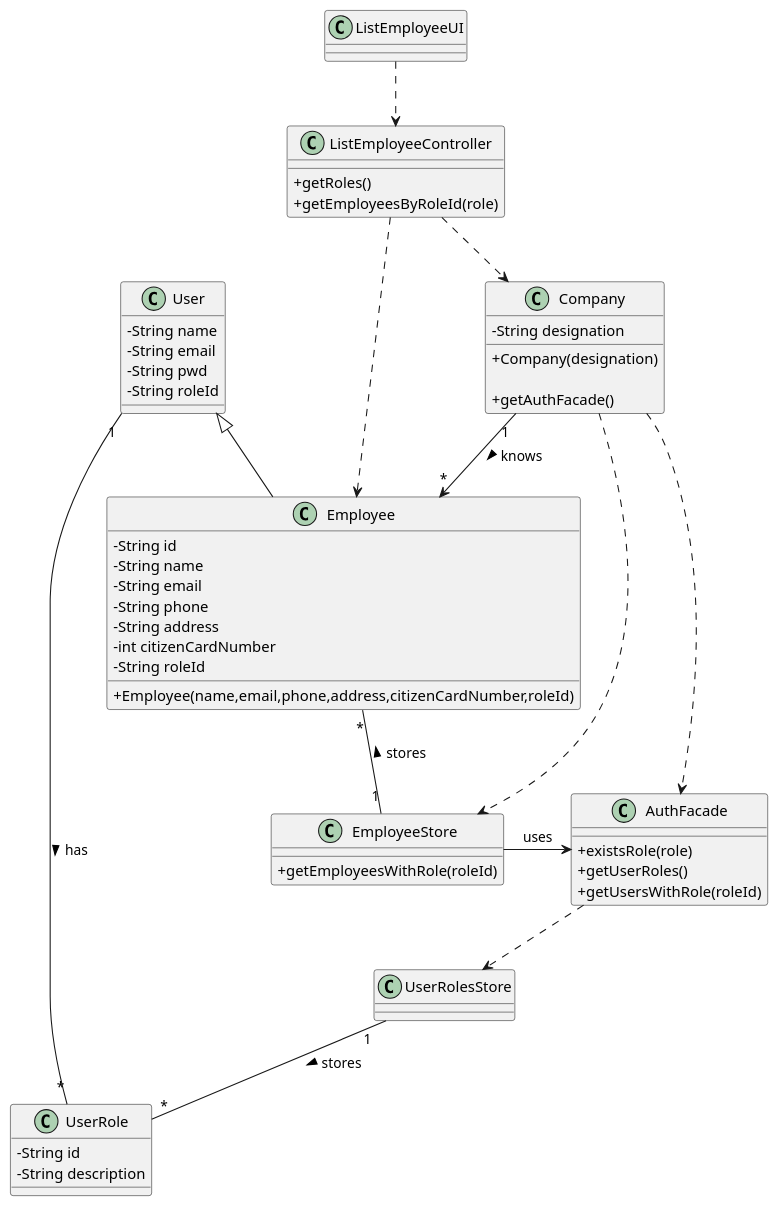
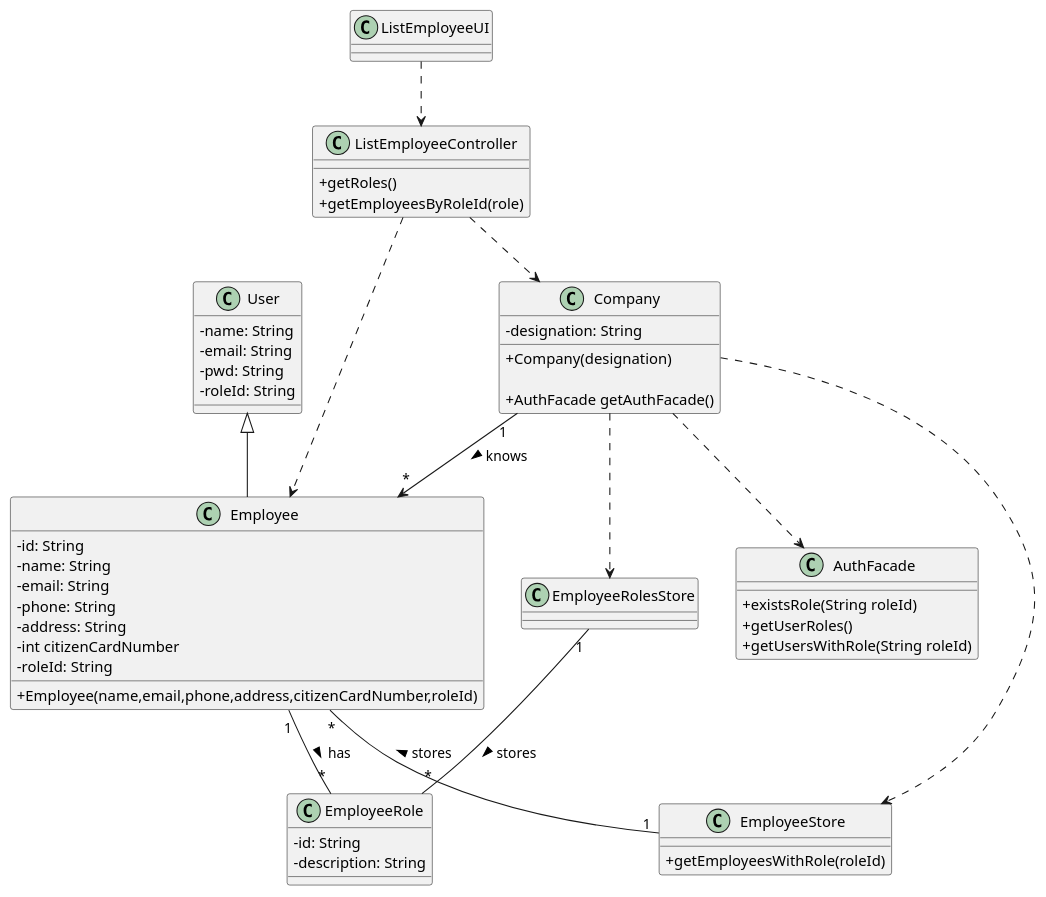
Before and after one commit to miseEnPlace-i/lapr2: the diagram in docs/SprintB/US11/CD/US11_CD.puml, drawn with PlantUML. The commit also changed 4 other files, not shown here.

Commit message:
docs(US11): added user roles store

```diff
--- a/docs/SprintB/US11/CD/US11_CD.puml
+++ b/docs/SprintB/US11/CD/US11_CD.puml
@@ -1,72 +1,67 @@
 @startuml
 skinparam classAttributeIconSize 0
 
 class User {
-  - String name
-  - String email
-  - String pwd
-  - String roleId
+  -name: String
+  -email: String
+  -pwd: String
+  -roleId: String
 }
 
 class Employee {
-  -String id
-  -String name
-  -String email
-  -String phone
-  -String address
+  -id: String
+  -name: String
+  -email: String
+  -phone: String
+  -address: String
   -int citizenCardNumber
-  -String roleId
+  -roleId: String
   
   +Employee(name,email,phone,address,citizenCardNumber,roleId)
 }
 
 class Company {
-  -String designation
+  -designation: String
   +Company(designation)
 
-  +getAuthFacade()
+  + AuthFacade getAuthFacade()
 }
 
 class AuthFacade {
-  +existsRole(role)
+  +existsRole(String roleId)
   +getUserRoles()
-  +getUsersWithRole(roleId)
+  +getUsersWithRole(String roleId)
 }
 
 class EmployeeStore {
   +getEmployeesWithRole(roleId)
 }
 
 class ListEmployeeController {
   +getRoles()
   +getEmployeesByRoleId(role)
 }
 
-class UserRole {
-  -String id
-  -String description
-}
-
-class UserRolesStore {
-
+class EmployeeRole {
+  -id: String
+  -description: String
 }
 
 class ListEmployeeUI {}
 
 ListEmployeeUI ..> ListEmployeeController
 ListEmployeeController ..> Employee
 ListEmployeeController ..> Company
 
 Company ..> AuthFacade
 Company ..> EmployeeStore
-EmployeeStore -> AuthFacade : uses
 Employee "*" -- "1" EmployeeStore : stores <
 Company "1" --> "*" Employee : knows >
 
-UserRolesStore "1" -- "*" UserRole : stores >
-AuthFacade ..> UserRolesStore
-User "1" -- "*" UserRole : has >
+EmployeeRolesStore "1" -- "*" EmployeeRole : stores >
+Company ..> EmployeeRolesStore
+Employee "1" -- "*" EmployeeRole : has >
 
 User <|-- Employee 
 
 @enduml
```
